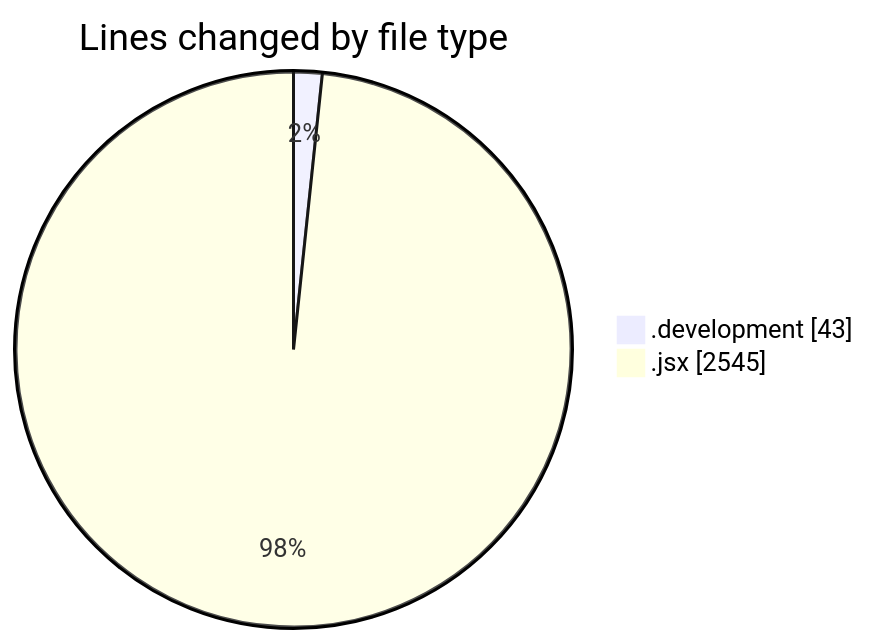
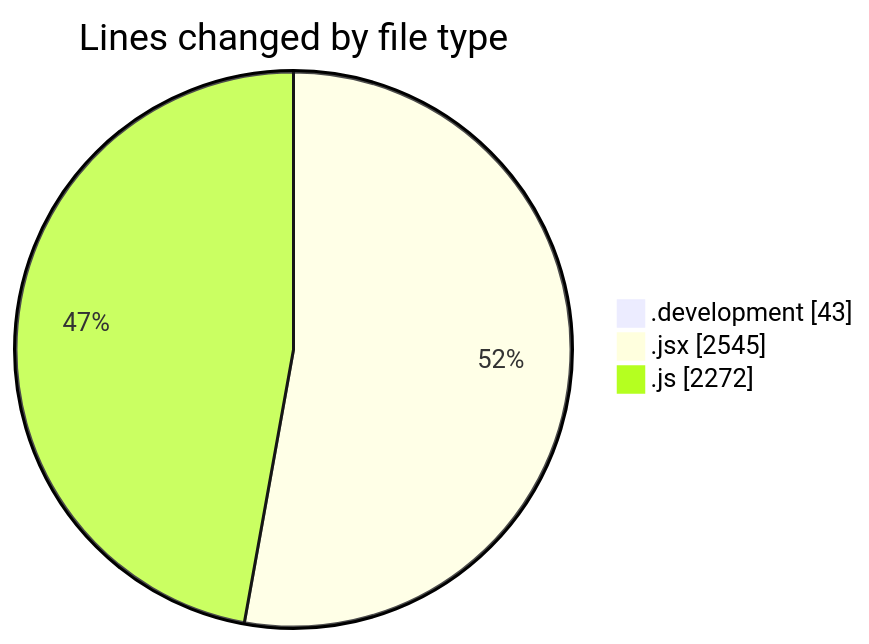
One commit to nxtqubesakshisongat/code-tracking changed the first of 2 diagrams in 2025-11-11/argos/README.md. Above: the diagram before and after it, drawn with Mermaid. The commit also changed other lines of this file and 1 other file, not shown here.

````diff
--- a/2025-11-11/argos/README.md
+++ b/2025-11-11/argos/README.md
@@ -25,6 +26,7 @@
 ```mermaid
 pie showData
 title Lines changed by file type
 ".development" : 43
 ".jsx" : 2545
+".js" : 2272
 ```
````
